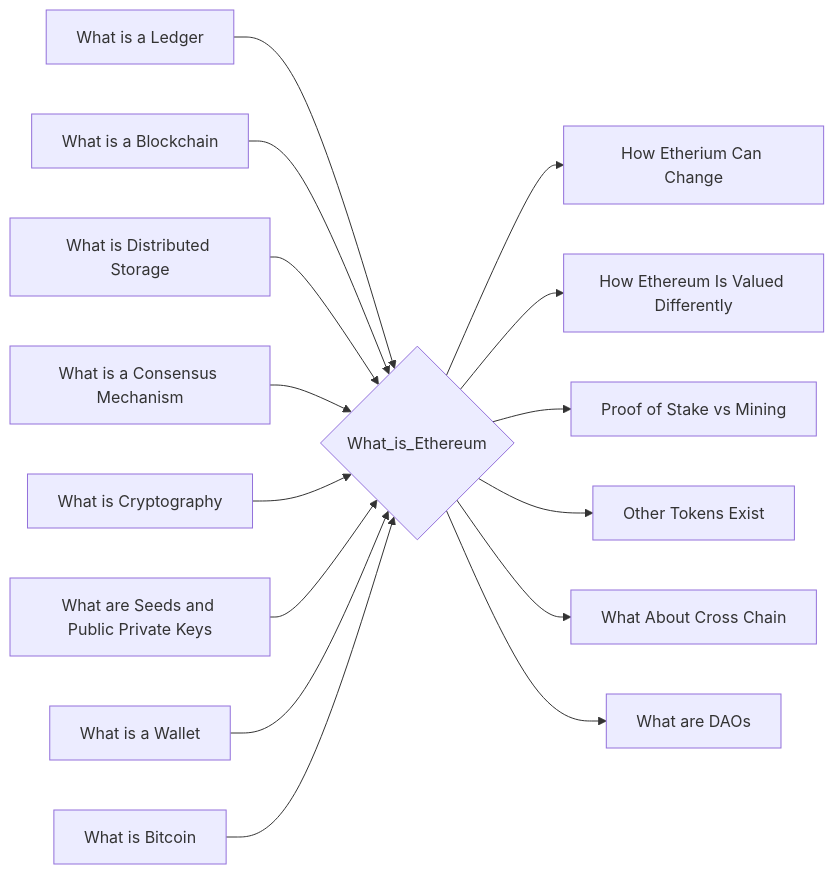
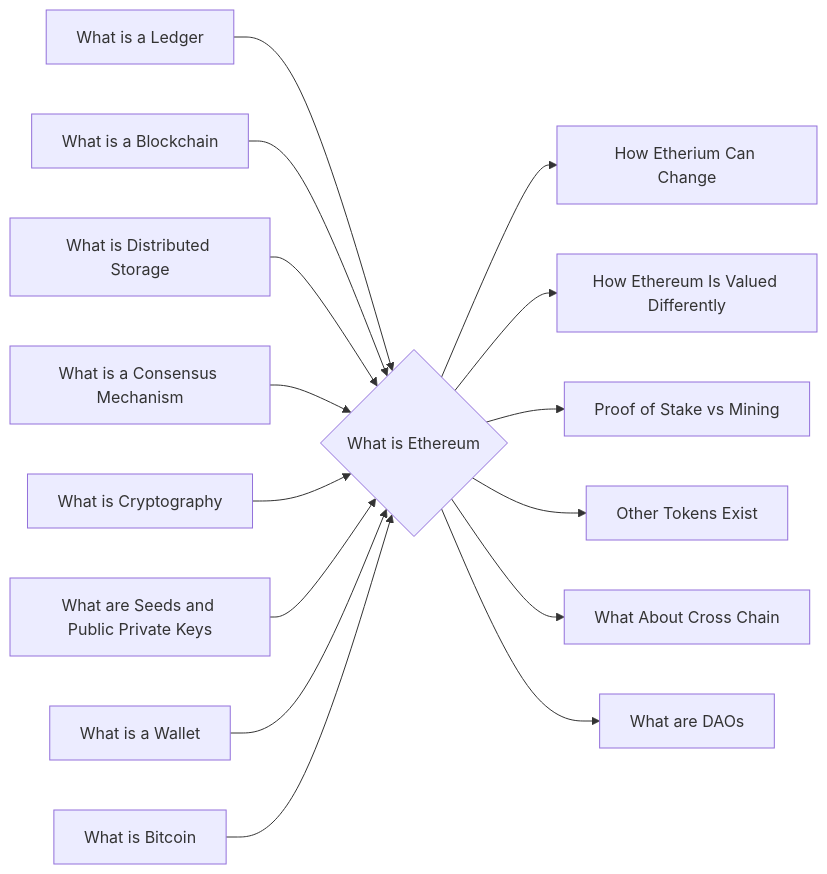
Before and after one commit to lpurdy01/crypto-knowledge-map: the diagram in notes/What_is_Ethereum.md, drawn with Mermaid. The commit also changed 58 other files, not shown here.

````diff
--- a/notes/What_is_Ethereum.md
+++ b/notes/What_is_Ethereum.md
@@ -27,17 +27,17 @@
 ```mermaid
 graph LR
-1["What is a Ledger"]-->0{"What_is_Ethereum"}
-2["What is a Blockchain"]-->0{"What_is_Ethereum"}
-3["What is Distributed Storage"]-->0{"What_is_Ethereum"}
-4["What is a Consensus Mechanism"]-->0{"What_is_Ethereum"}
-5["What is Cryptography"]-->0{"What_is_Ethereum"}
-6["What are Seeds and Public Private Keys"]-->0{"What_is_Ethereum"}
-7["What is a Wallet"]-->0{"What_is_Ethereum"}
-8["What is Bitcoin"]-->0{"What_is_Ethereum"}
-0{"What_is_Ethereum"}-->9["How Etherium Can Change"]
-0{"What_is_Ethereum"}-->10["How Ethereum Is Valued Differently"]
-0{"What_is_Ethereum"}-->11["Proof of Stake vs Mining"]
-0{"What_is_Ethereum"}-->12["Other Tokens Exist"]
-0{"What_is_Ethereum"}-->13["What About Cross Chain"]
-0{"What_is_Ethereum"}-->14["What are DAOs"]
+1["What is a Ledger"]-->0{"What is Ethereum"}
+2["What is a Blockchain"]-->0{"What is Ethereum"}
+3["What is Distributed Storage"]-->0{"What is Ethereum"}
+4["What is a Consensus Mechanism"]-->0{"What is Ethereum"}
+5["What is Cryptography"]-->0{"What is Ethereum"}
+6["What are Seeds and Public Private Keys"]-->0{"What is Ethereum"}
+7["What is a Wallet"]-->0{"What is Ethereum"}
+8["What is Bitcoin"]-->0{"What is Ethereum"}
+0{"What is Ethereum"}-->9["How Etherium Can Change"]
+0{"What is Ethereum"}-->10["How Ethereum Is Valued Differently"]
+0{"What is Ethereum"}-->11["Proof of Stake vs Mining"]
+0{"What is Ethereum"}-->12["Other Tokens Exist"]
+0{"What is Ethereum"}-->13["What About Cross Chain"]
+0{"What is Ethereum"}-->14["What are DAOs"]
 ```
````
